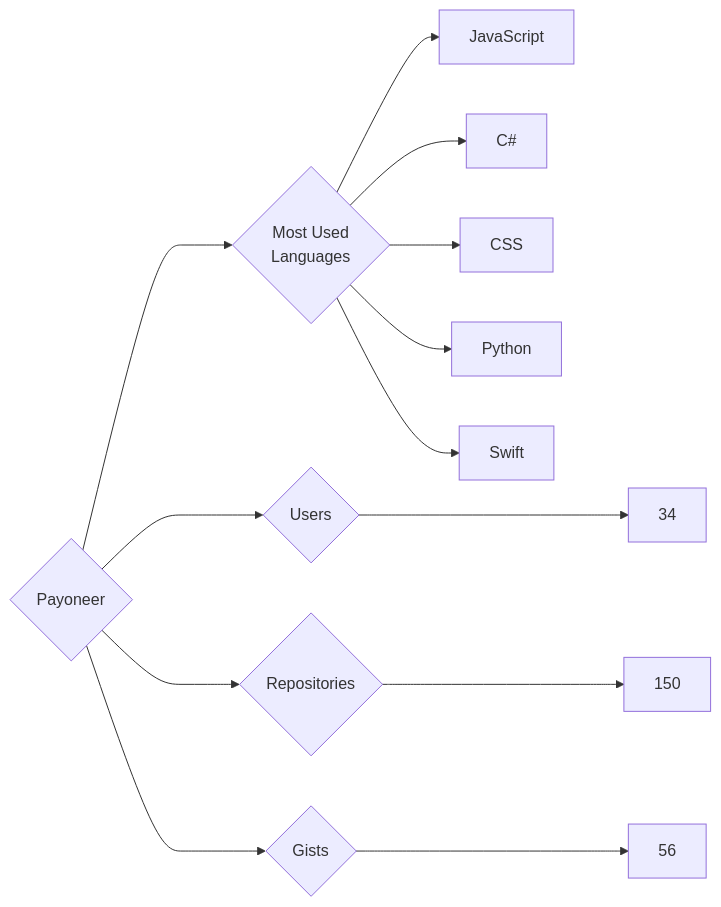
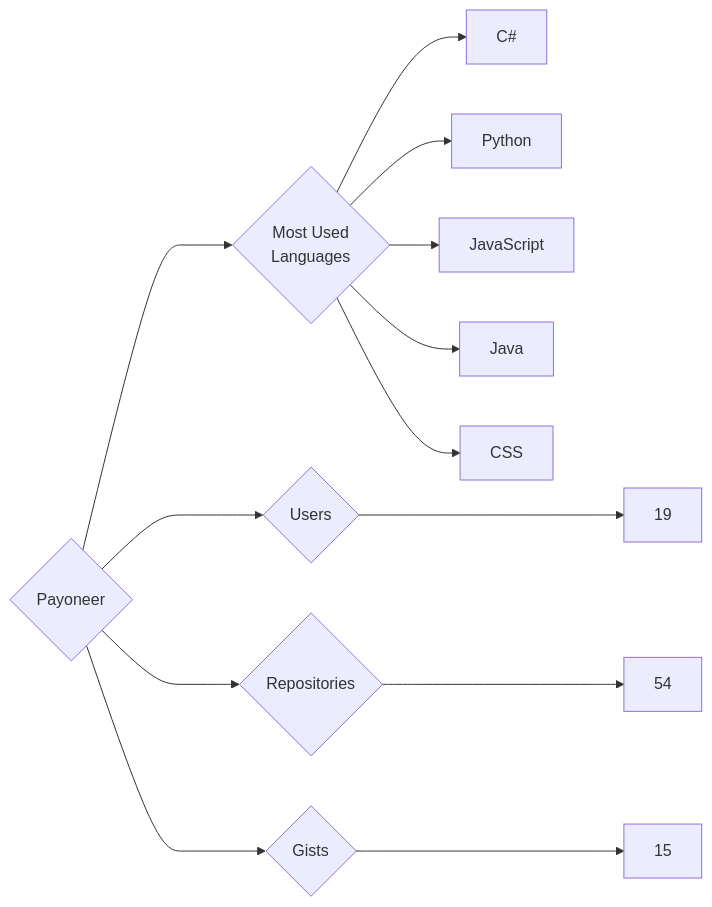
Before and after one commit to trickest/insiders: the diagram in targets/Payoneer/README.md, drawn with Mermaid. The commit also changed 903 other files, not shown here.

````diff
--- a/targets/Payoneer/README.md
+++ b/targets/Payoneer/README.md
@@ -3,13 +3,13 @@
 ```mermaid
 graph LR
 COMPANY_NAME{Payoneer}
-COMPANY_NAME ---> U{Users} ---> UN[34]
-COMPANY_NAME ---> R{Repositories} ---> RN[150]
-COMPANY_NAME ---> G{Gists} ---> GN[56]
+COMPANY_NAME ---> U{Users} ---> UN[19]
+COMPANY_NAME ---> R{Repositories} ---> RN[54]
+COMPANY_NAME ---> G{Gists} ---> GN[15]
 COMPANY_NAME ---> ML{Most Used<br>Languages}
+ML --> C#[C#]
+ML --> Python[Python]
 ML --> JavaScript[JavaScript]
-ML --> C#[C#]
+ML --> Java[Java]
 ML --> CSS[CSS]
-ML --> Python[Python]
-ML --> Swift[Swift]
 ```
````
